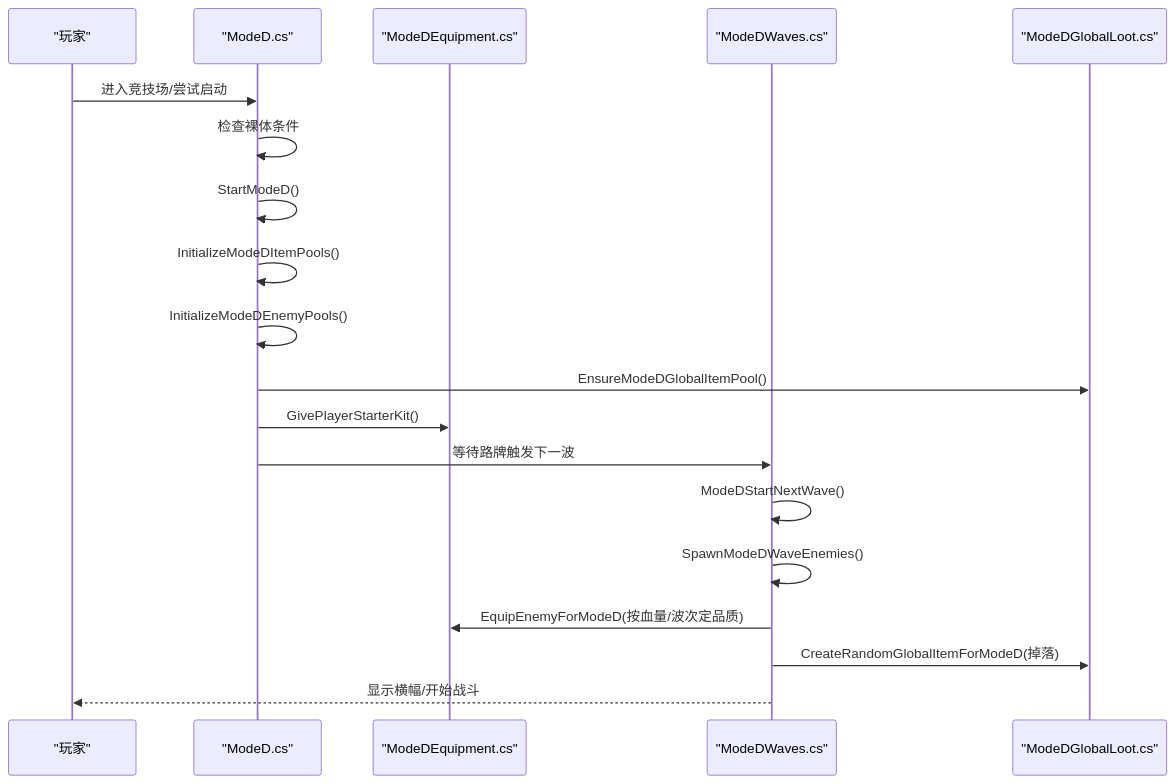
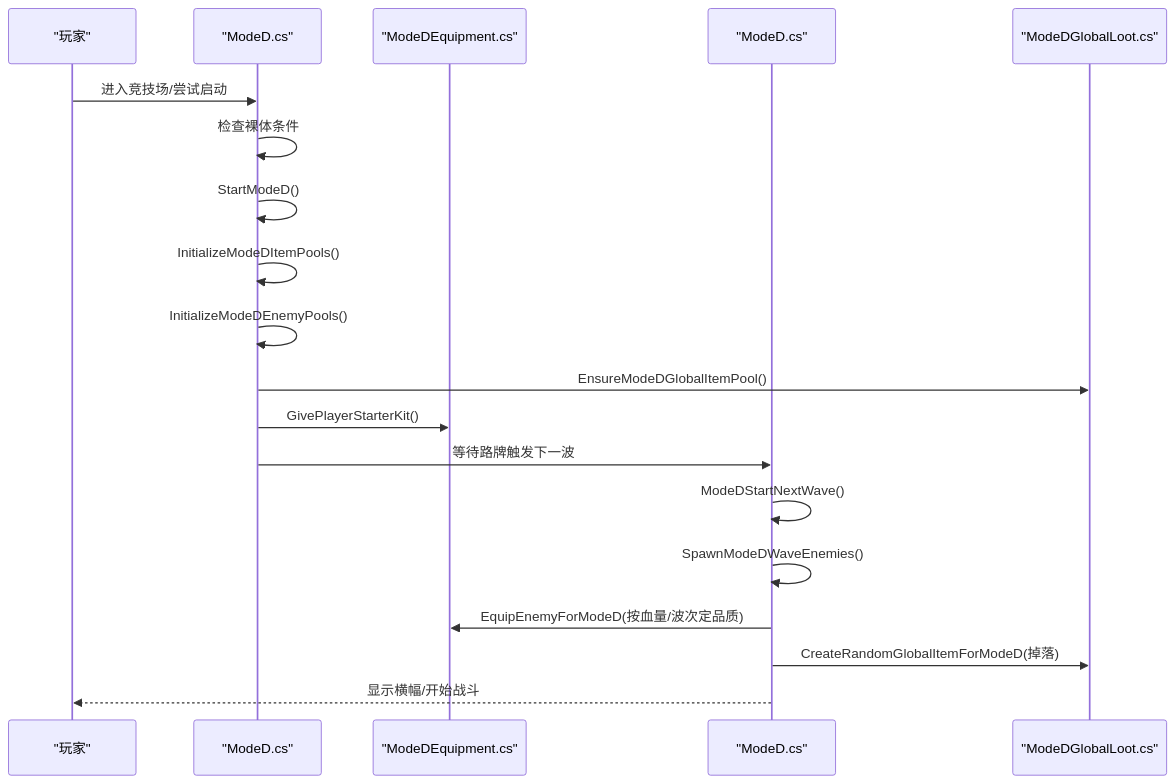
The second of 8 diagrams in .qoder/repowiki/zh/content/项目概览/核心功能特性/游戏模式系统/Mode D：白手起家.md (GASEN1216/BossRushMod), drawn with Mermaid before and after one commit. The commit also changed other lines of this file and 124 other files, not shown here.

````diff
--- a/.qoder/repowiki/zh/content/项目概览/核心功能特性/游戏模式系统/Mode D：白手起家.md
+++ b/.qoder/repowiki/zh/content/项目概览/核心功能特性/游戏模式系统/Mode D：白手起家.md
@@ -74,21 +74,21 @@
 ```mermaid
 sequenceDiagram
 participant P as "玩家"
 participant M as "ModeD.cs"
 participant S as "ModeDEquipment.cs"
-participant W as "ModeDWaves.cs"
+participant W as "ModeD.cs"
 participant G as "ModeDGlobalLoot.cs"
 P->>M : 进入竞技场/尝试启动
 M->>M : 检查裸体条件
 M->>M : StartModeD()
 M->>M : InitializeModeDItemPools()
 M->>M : InitializeModeDEnemyPools()
 M->>G : EnsureModeDGlobalItemPool()
 M->>S : GivePlayerStarterKit()
 M->>W : 等待路牌触发下一波
 W->>W : ModeDStartNextWave()
 W->>W : SpawnModeDWaveEnemies()
 W->>S : EquipEnemyForModeD(按血量/波次定品质)
 W->>G : CreateRandomGlobalItemForModeD(掉落)
 W-->>P : 显示横幅/开始战斗
 ```
````
